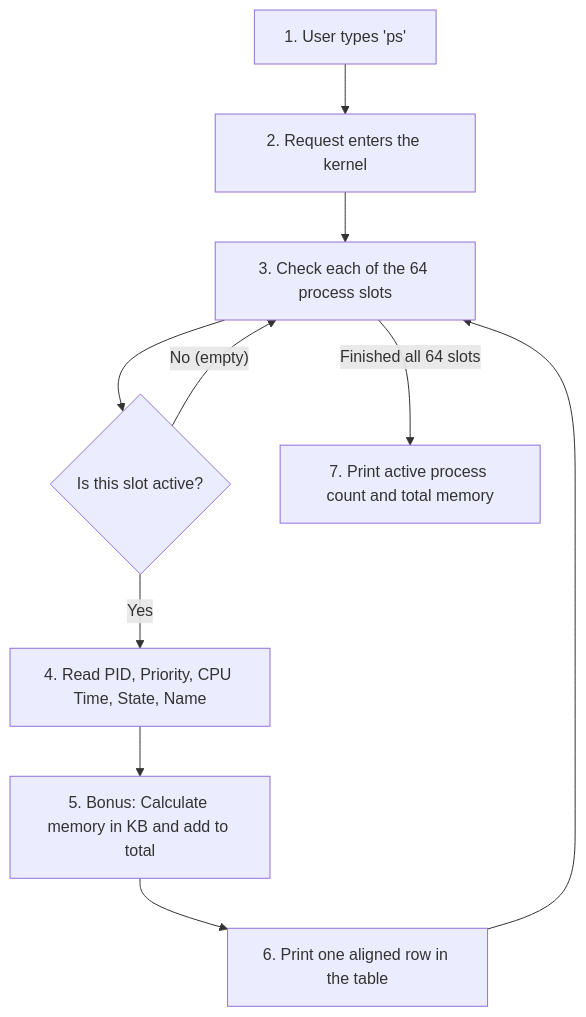
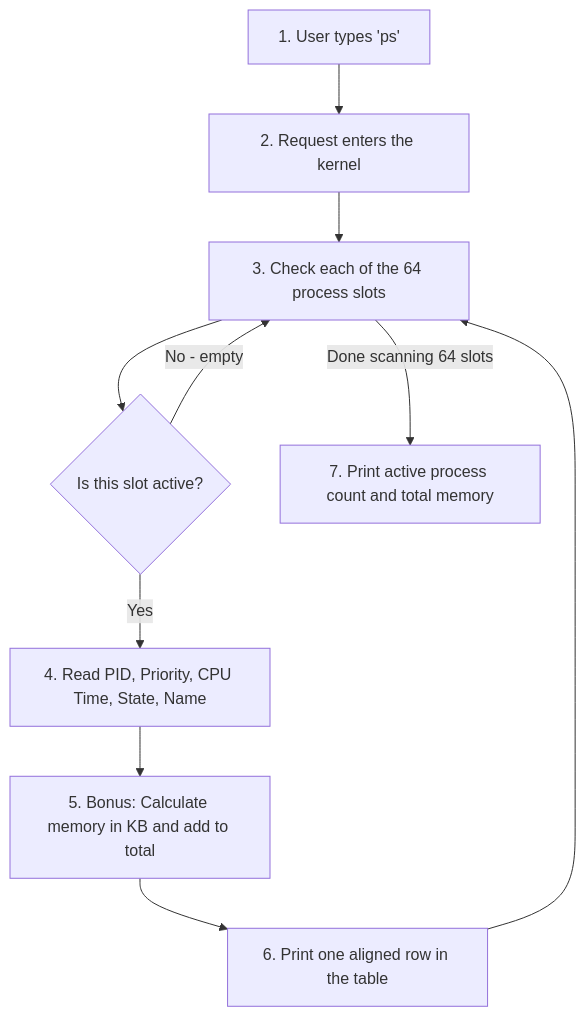
The second of 21 diagrams in README.md (asbahkhan67-ctrl/xv6-riscv), drawn with Mermaid before and after one commit. The commit also changed other lines of this file and 167 other files, not shown here.

````diff
--- a/README.md
+++ b/README.md
@@ -217,12 +174,12 @@
 ```mermaid
 flowchart TD
     A["1. User types 'ps'"] --> B["2. Request enters the kernel"]
     B --> C["3. Check each of the 64 process slots"]
     C --> D{"Is this slot active?"}
-    D -- "No (empty)" --> C
-    D -- "Yes" --> E["4. Read PID, Priority, CPU Time, State, Name"]
+    D -->|No - empty| C
+    D -->|Yes| E["4. Read PID, Priority, CPU Time, State, Name"]
     E --> F["5. Bonus: Calculate memory in KB and add to total"]
     F --> G["6. Print one aligned row in the table"]
     G --> C
-    C -- "Finished all 64 slots" --> H["7. Print active process count and total memory"]
+    C -->|Done scanning 64 slots| H["7. Print active process count and total memory"]
 ```
````
